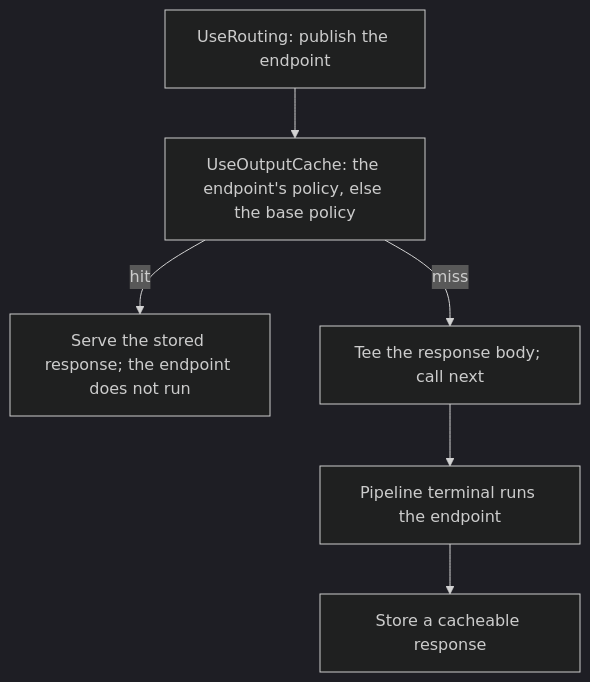
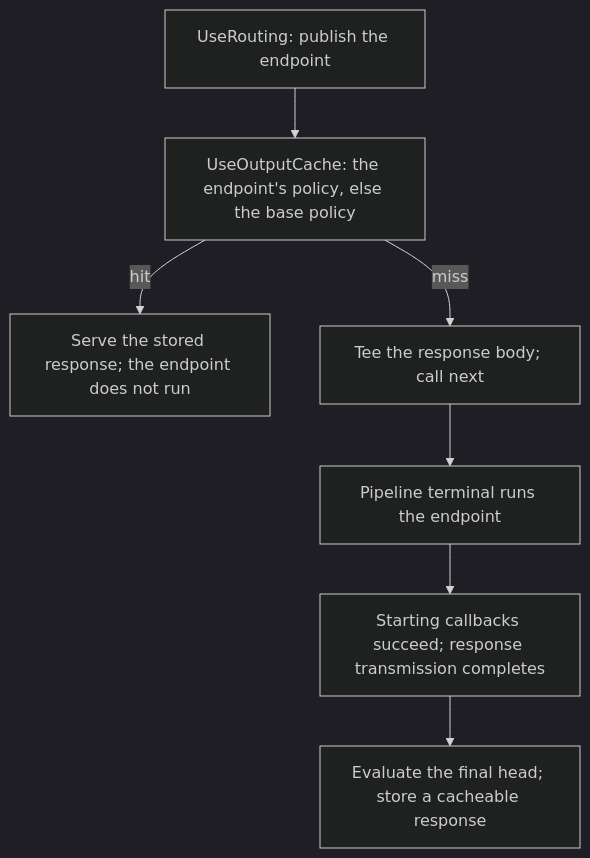
One commit to assimalign/cohesion-docs changed the diagram in docs/dotnet-apis/resources/web/assimalign-cohesion-web-caching/design.md. Above: the diagram before and after it, drawn with Mermaid (dark theme). The commit also changed other lines of this file and 107 other files, not shown here.

````diff
--- a/docs/dotnet-apis/resources/web/assimalign-cohesion-web-caching/design.md
+++ b/docs/dotnet-apis/resources/web/assimalign-cohesion-web-caching/design.md
@@ -39,8 +39,9 @@
 ```mermaid
 flowchart TD
     Routing["UseRouting: publish the endpoint"] --> Decide["UseOutputCache: the endpoint's policy, else the base policy"]
     Decide -->|"hit"| Serve["Serve the stored response; the endpoint does not run"]
     Decide -->|"miss"| Tee["Tee the response body; call next"]
     Tee --> Terminal["Pipeline terminal runs the endpoint"]
-    Terminal --> Store["Store a cacheable response"]
+    Terminal --> Complete["Starting callbacks succeed; response transmission completes"]
+    Complete --> Store["Evaluate the final head; store a cacheable response"]
 ```
````
